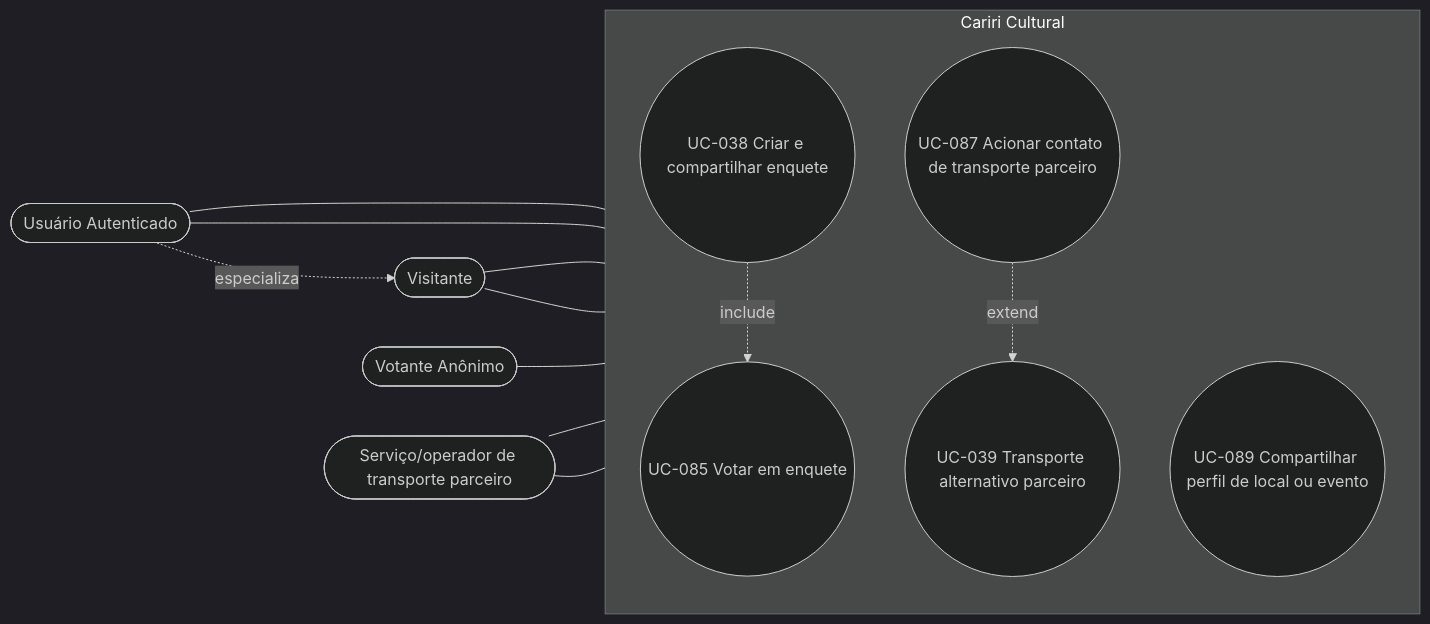
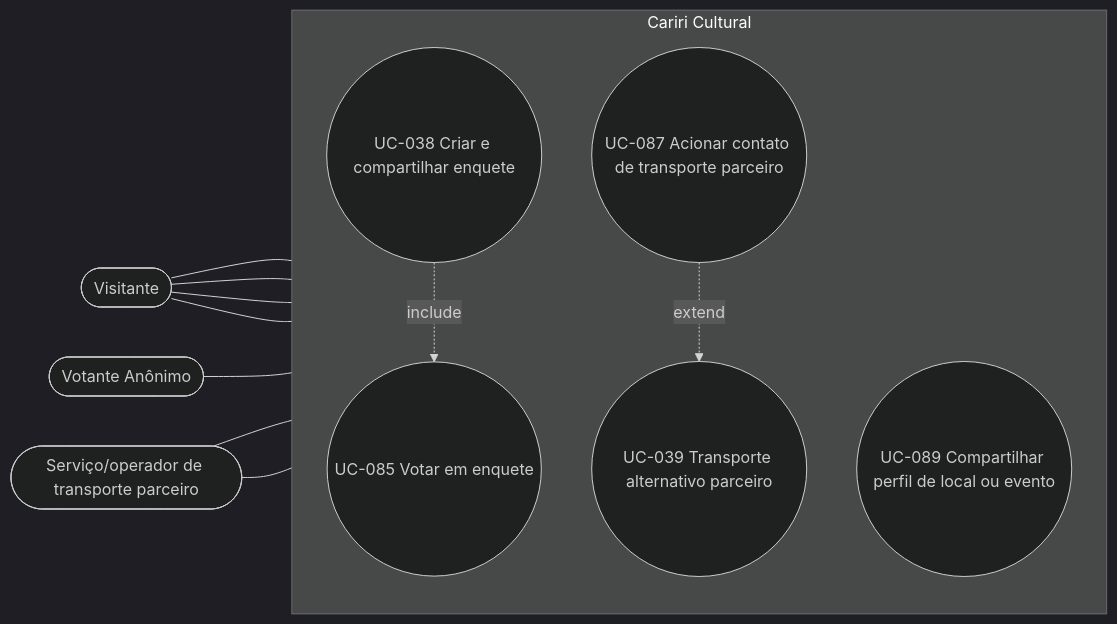
The ninth of 13 diagrams in home/user-cases/use-cases-diagram.md (alan-mendes-ufca/CaririCultural), drawn with Mermaid (dark theme) before and after one commit. The commit also changed other lines of this file, not shown here.

Commit message:
docs: refactor `use cases diagrams`

````diff
--- a/home/user-cases/use-cases-diagram.md
+++ b/home/user-cases/use-cases-diagram.md
@@ -328,29 +311,26 @@
 ```mermaid
 flowchart LR
     %% Atores
     V([Visitante])
-    U([Usuário Autenticado])
     VA([Votante Anônimo])
     TP([Serviço/operador de transporte parceiro])
 
     %% Fronteira
     subgraph CC [Cariri Cultural]
         direction TB
         UC038((UC-038 Criar e compartilhar enquete))
         UC039((UC-039 Transporte alternativo parceiro))
         UC085((UC-085 Votar em enquete))
         UC087((UC-087 Acionar contato de transporte parceiro))
         UC089((UC-089 Compartilhar perfil de local ou evento))
     end
 
     %% Relações Ator -> Caso de Uso
-    U --- UC038 & UC089
-    V --- UC039 & UC087
+    V --- UC039 & UC087 & UC038 & UC089
     VA --- UC085
     TP --- UC039 & UC087
-    U -.->|especializa| V
 
     %% Relações Include / Extend
     UC038 -.->|include| UC085
     UC087 -.->|extend| UC039
 ```
````
